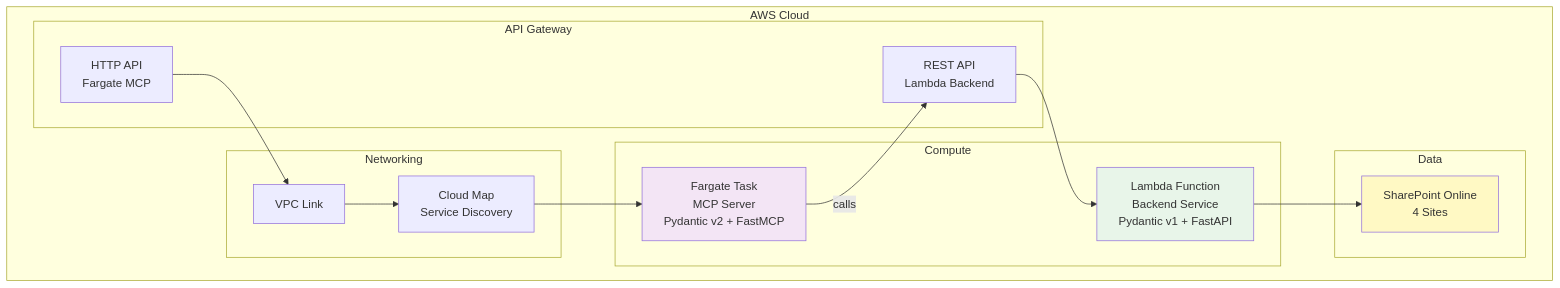
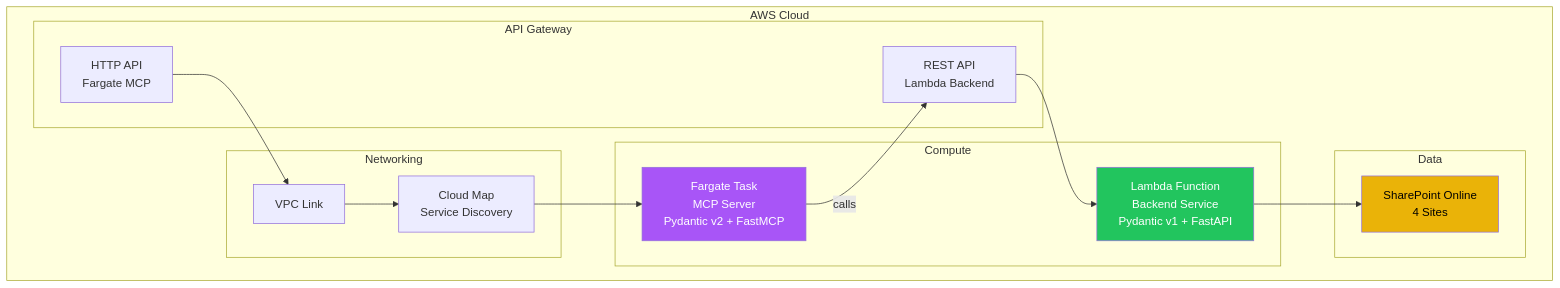
One commit to sKumaraguru/apptio-bobathon-2026-finbob-mcp-server changed the third of 6 diagrams in README.md. Above: the diagram before and after it, drawn with Mermaid. The commit also changed other lines of this file, not shown here.

Commit message:
docs: Update color scheme of the diagrams in README

````diff
--- a/README.md
+++ b/README.md
@@ -49,34 +49,34 @@
 ```mermaid
 graph TB
     subgraph "AWS Cloud"
         subgraph "API Gateway"
             REST[REST API<br/>Lambda Backend]
             HTTP[HTTP API<br/>Fargate MCP]
         end
 
         subgraph "Compute"
             LAMBDA[Lambda Function<br/>Backend Service<br/>Pydantic v1 + FastAPI]
             FARGATE[Fargate Task<br/>MCP Server<br/>Pydantic v2 + FastMCP]
         end
 
         subgraph "Networking"
             VPCLINK[VPC Link]
             CLOUDMAP[Cloud Map<br/>Service Discovery]
         end
 
         subgraph "Data"
             SP[SharePoint Online<br/>4 Sites]
         end
     end
 
     REST --> LAMBDA
     HTTP --> VPCLINK
     VPCLINK --> CLOUDMAP
     CLOUDMAP --> FARGATE
     FARGATE -->|calls| REST
     LAMBDA --> SP
 
-    style LAMBDA fill:#e8f5e9
-    style FARGATE fill:#f3e5f5
-    style SP fill:#fff9c4
+    style LAMBDA fill:#22c55e,color:#fff
+    style FARGATE fill:#a855f7,color:#fff
+    style SP fill:#eab308,color:#000
 ```
````
